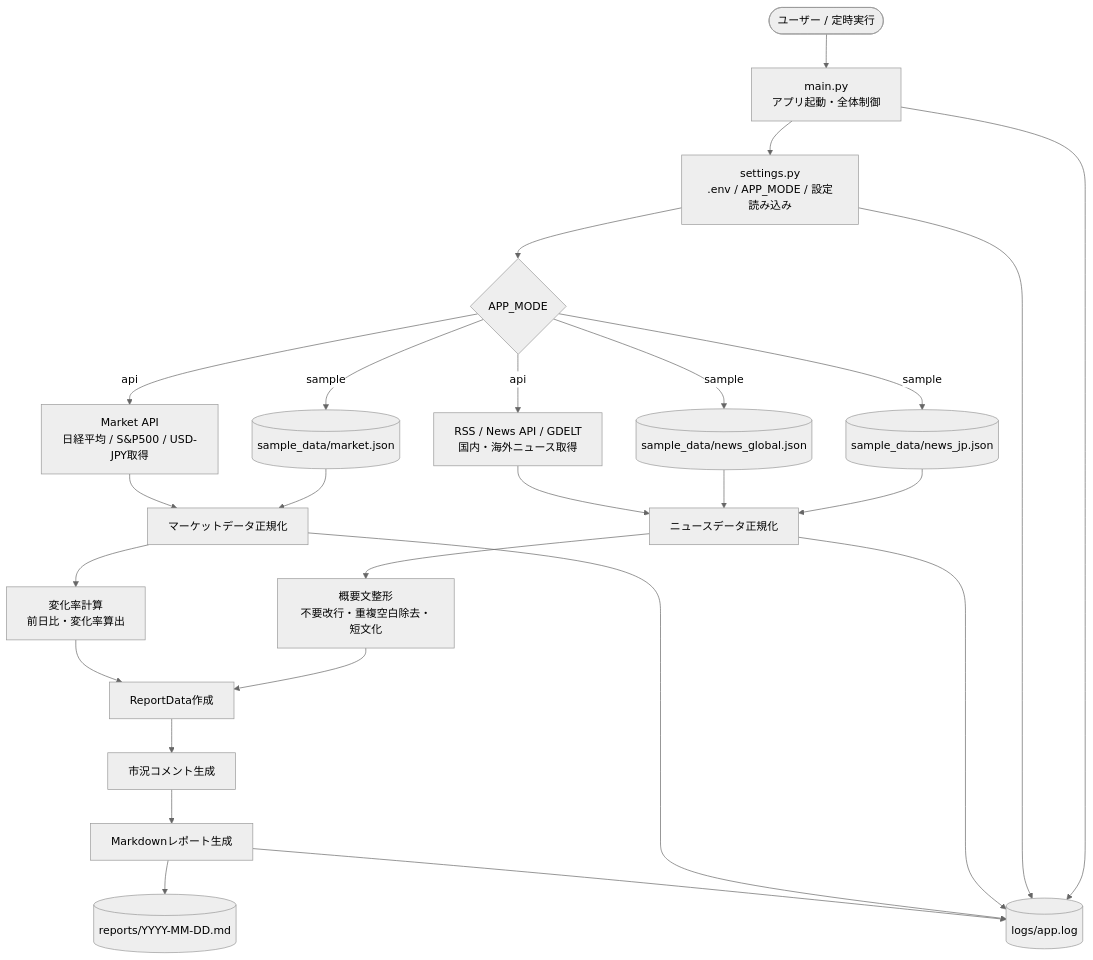
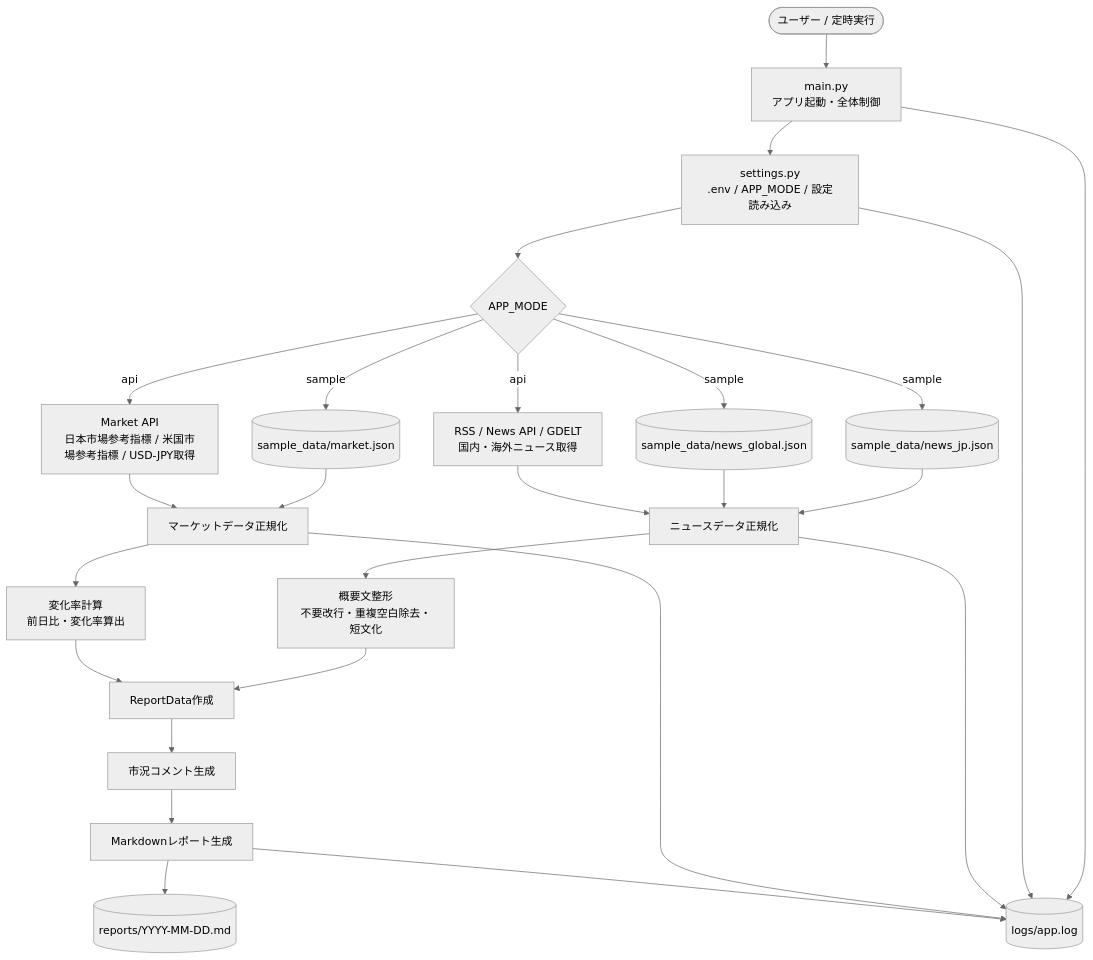
The first of 2 diagrams in docs/basic-design/基本設計.md (yukino-nulldebug/news), drawn with Mermaid (neutral theme) before and after one commit. The commit also changed other lines of this file and 30 other files, not shown here.

````diff
--- a/docs/basic-design/基本設計.md
+++ b/docs/basic-design/基本設計.md
@@ -48,37 +48,37 @@
 ```mermaid
 flowchart TD
     A([ユーザー / 定時実行]) --> B[main.py<br>アプリ起動・全体制御]
 
     B --> C[settings.py<br>.env / APP_MODE / 設定読み込み]
     C --> D{APP_MODE}
 
     D -->|sample| E1[(sample_data/news_jp.json)]
     D -->|sample| E2[(sample_data/news_global.json)]
     D -->|sample| E3[(sample_data/market.json)]
 
     D -->|api| F1[RSS / News API / GDELT<br>国内・海外ニュース取得]
-    D -->|api| F2[Market API<br>日経平均 / S&P500 / USD-JPY取得]
+    D -->|api| F2[Market API<br>日本市場参考指標 / 米国市場参考指標 / USD-JPY取得]
 
     E1 --> G[ニュースデータ正規化]
     E2 --> G
     F1 --> G
 
     E3 --> H[マーケットデータ正規化]
     F2 --> H
 
     G --> I[概要文整形<br>不要改行・重複空白除去・短文化]
     H --> J[変化率計算<br>前日比・変化率算出]
 
     I --> K[ReportData作成]
     J --> K
 
     K --> L[市況コメント生成]
     L --> M[Markdownレポート生成]
 
     M --> N[(reports/YYYY-MM-DD.md)]
     B --> O[(logs/app.log)]
     C --> O
     G --> O
     H --> O
     M --> O
 ```
````
